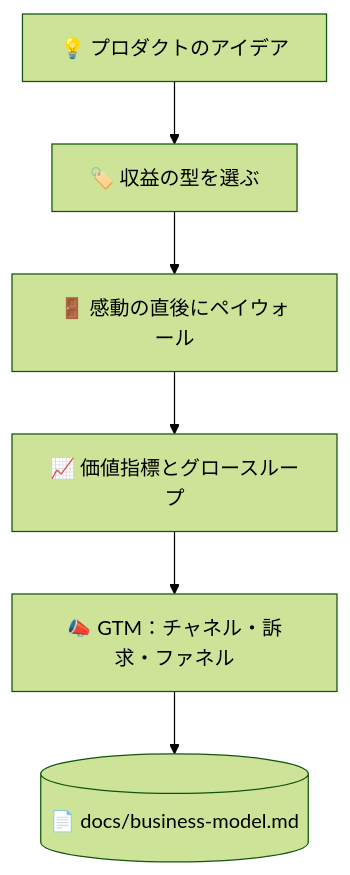
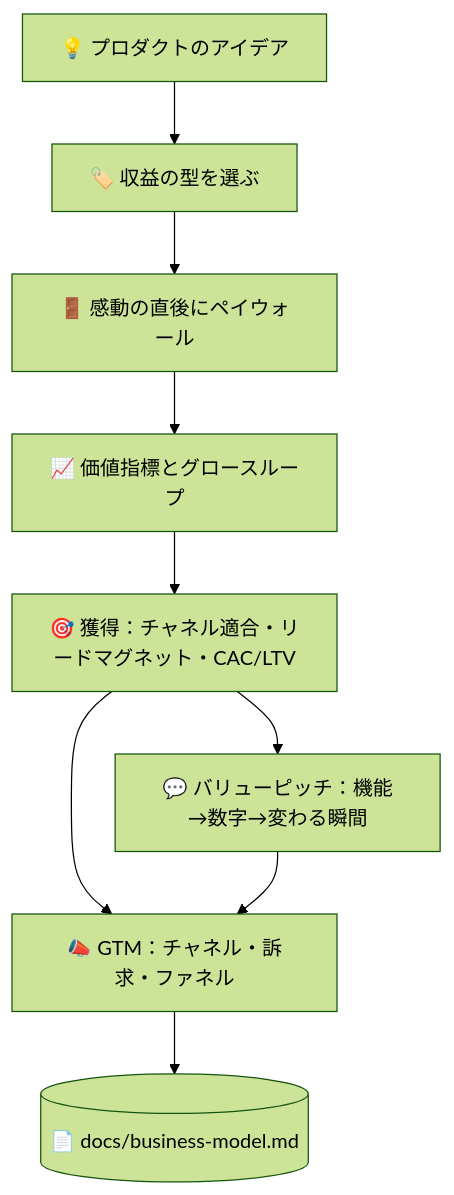
One commit to takaoumehara/superforge-skill changed the diagram in skills/superforge-biz/README.ja.md. Above: the diagram before and after it, drawn with Mermaid (forest theme). The commit also changed other lines of this file and 15 other files, not shown here.

````diff
--- a/skills/superforge-biz/README.ja.md
+++ b/skills/superforge-biz/README.ja.md
@@ -23,8 +23,11 @@
 ```mermaid
 flowchart TD
     I[💡 プロダクトのアイデア] --> A[🏷️ 収益の型を選ぶ]
     A --> B[🚪 感動の直後にペイウォール]
     B --> C[📈 価値指標とグロースループ]
-    C --> D[📣 GTM：チャネル・訴求・ファネル]
-    D --> E[(📄 docs/business-model.md)]
+    C --> D[🎯 獲得：チャネル適合・リードマグネット・CAC/LTV]
+    D --> P[💬 バリューピッチ：機能→数字→変わる瞬間]
+    D --> E2[📣 GTM：チャネル・訴求・ファネル]
+    P --> E2
+    E2 --> E[(📄 docs/business-model.md)]
 ```
````
